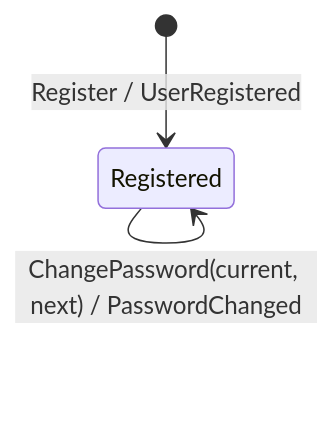
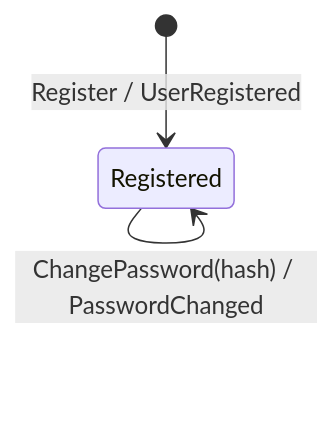
One commit to shortlink-org/portolan changed the diagram in docs/auth/auth/aggregates/user.md. Above: the diagram before and after it, drawn with Mermaid. The commit also changed other lines of this file and 59 other files, not shown here.

````diff
--- a/docs/auth/auth/aggregates/user.md
+++ b/docs/auth/auth/aggregates/user.md
@@ -21,5 +22,5 @@
 ```mermaid
 stateDiagram-v2
     [*] --> Registered : Register / UserRegistered
-    Registered --> Registered : ChangePassword(current, next) / PasswordChanged
+    Registered --> Registered : ChangePassword(hash) / PasswordChanged
 ```
````
